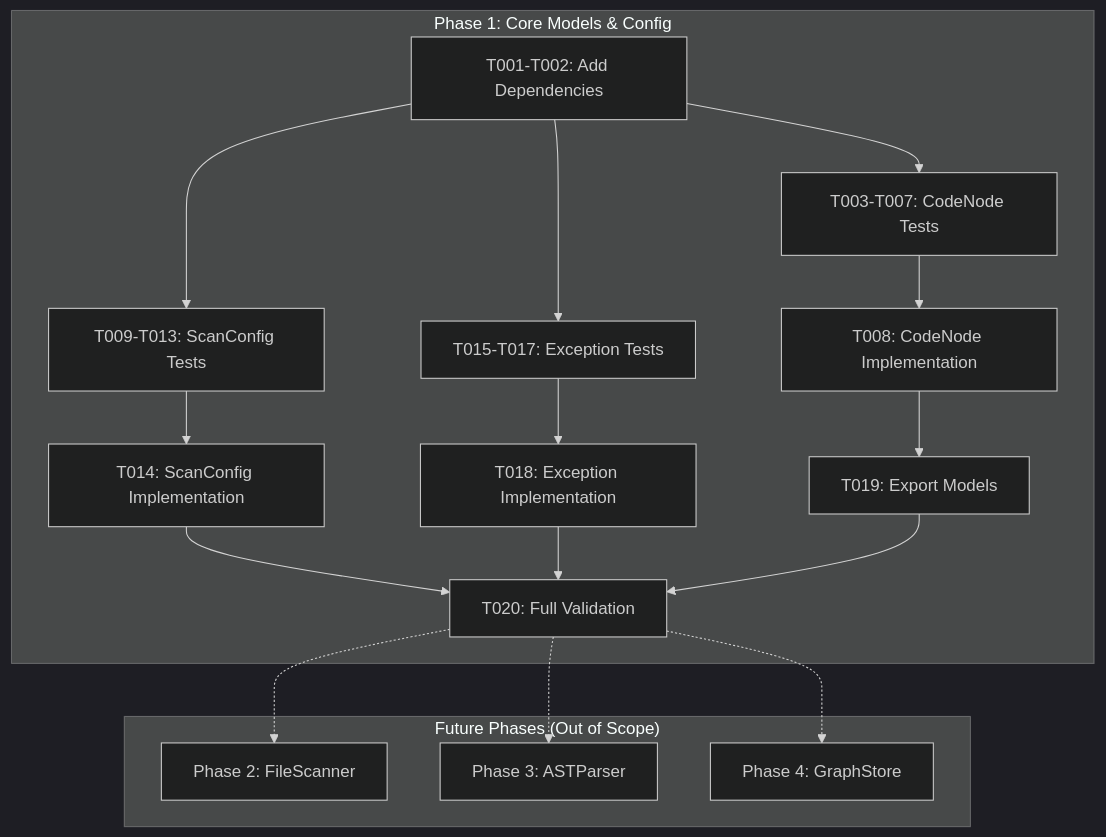
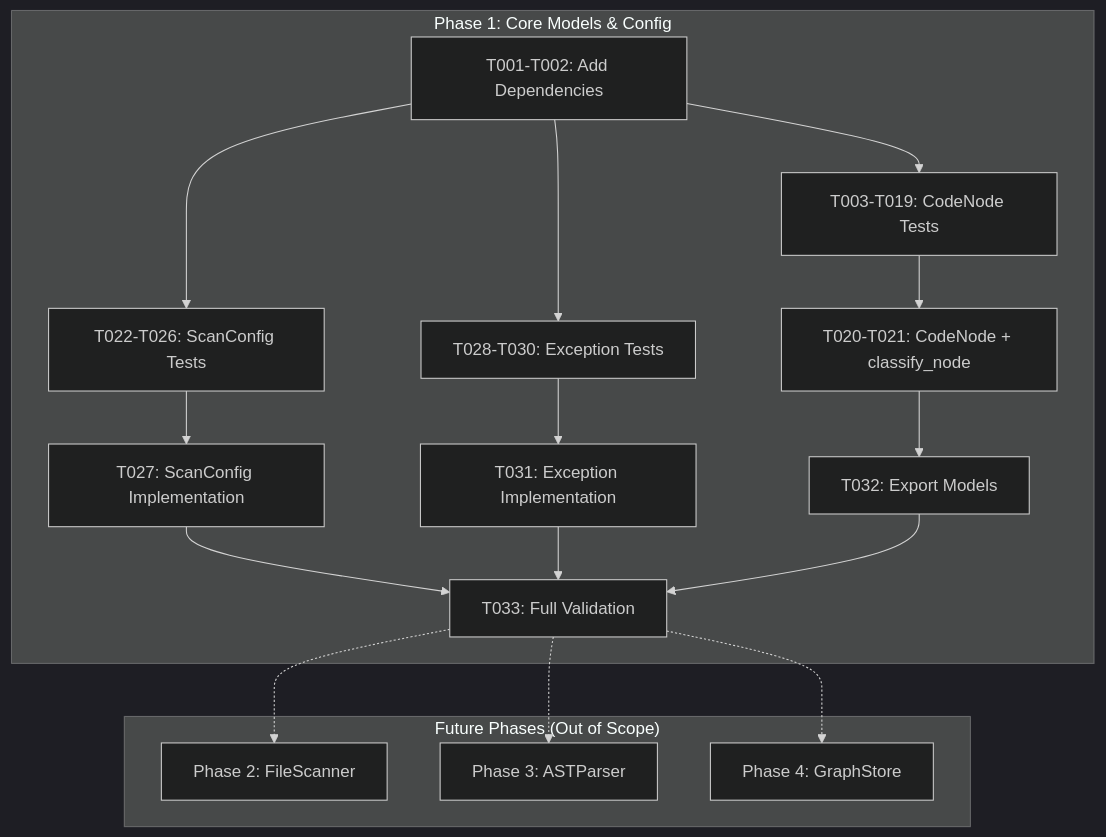
The third of 3 diagrams in docs/plans/003-fs2-base/tasks/phase-1/tasks.md (AI-Substrate/flow_squared), drawn with Mermaid (dark theme) before and after one commit. The commit also changed other lines of this file and 13 other files, not shown here.

First line of the commit message:
Implement CodeNode model and classify_node utility

````diff
--- a/docs/plans/003-fs2-base/tasks/phase-1/tasks.md
+++ b/docs/plans/003-fs2-base/tasks/phase-1/tasks.md
@@ -104,35 +375,35 @@
 ```mermaid
 flowchart TD
     subgraph Phase1["Phase 1: Core Models & Config"]
         DEP[T001-T002: Add Dependencies]
-        CN_TESTS[T003-T007: CodeNode Tests]
-        CN_IMPL[T008: CodeNode Implementation]
-        SC_TESTS[T009-T013: ScanConfig Tests]
-        SC_IMPL[T014: ScanConfig Implementation]
-        EX_TESTS[T015-T017: Exception Tests]
-        EX_IMPL[T018: Exception Implementation]
-        EXPORT[T019: Export Models]
-        VALIDATE[T020: Full Validation]
+        CN_TESTS[T003-T019: CodeNode Tests]
+        CN_IMPL[T020-T021: CodeNode + classify_node]
+        SC_TESTS[T022-T026: ScanConfig Tests]
+        SC_IMPL[T027: ScanConfig Implementation]
+        EX_TESTS[T028-T030: Exception Tests]
+        EX_IMPL[T031: Exception Implementation]
+        EXPORT[T032: Export Models]
+        VALIDATE[T033: Full Validation]
     end
 
     DEP --> CN_TESTS
     DEP --> SC_TESTS
     DEP --> EX_TESTS
     CN_TESTS --> CN_IMPL
     SC_TESTS --> SC_IMPL
     EX_TESTS --> EX_IMPL
     CN_IMPL --> EXPORT
     SC_IMPL --> VALIDATE
     EX_IMPL --> VALIDATE
     EXPORT --> VALIDATE
 
     subgraph Future["Future Phases (Out of Scope)"]
         P2[Phase 2: FileScanner]
         P3[Phase 3: ASTParser]
         P4[Phase 4: GraphStore]
     end
 
     VALIDATE -.-> P2
     VALIDATE -.-> P3
     VALIDATE -.-> P4
 ```
````
